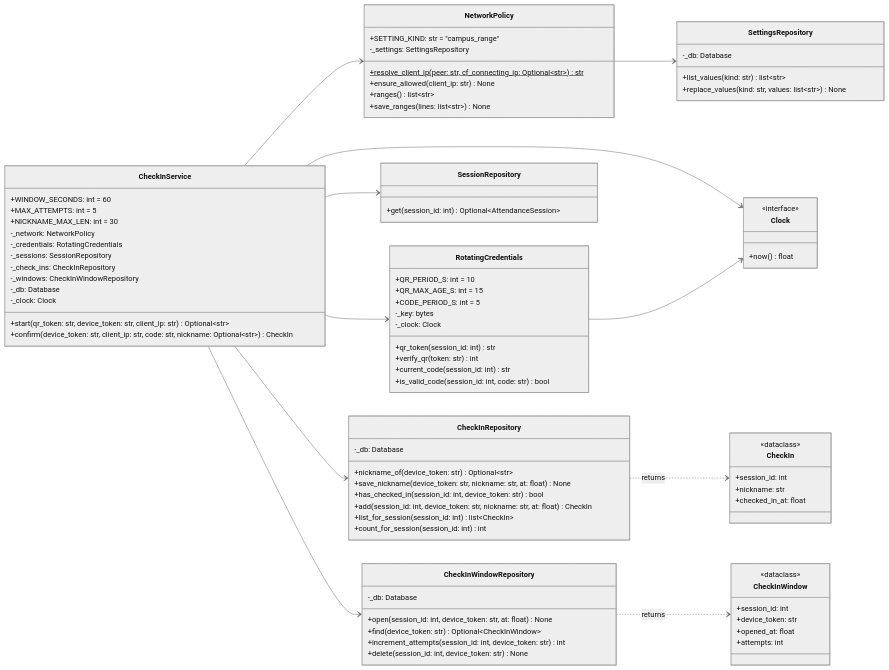
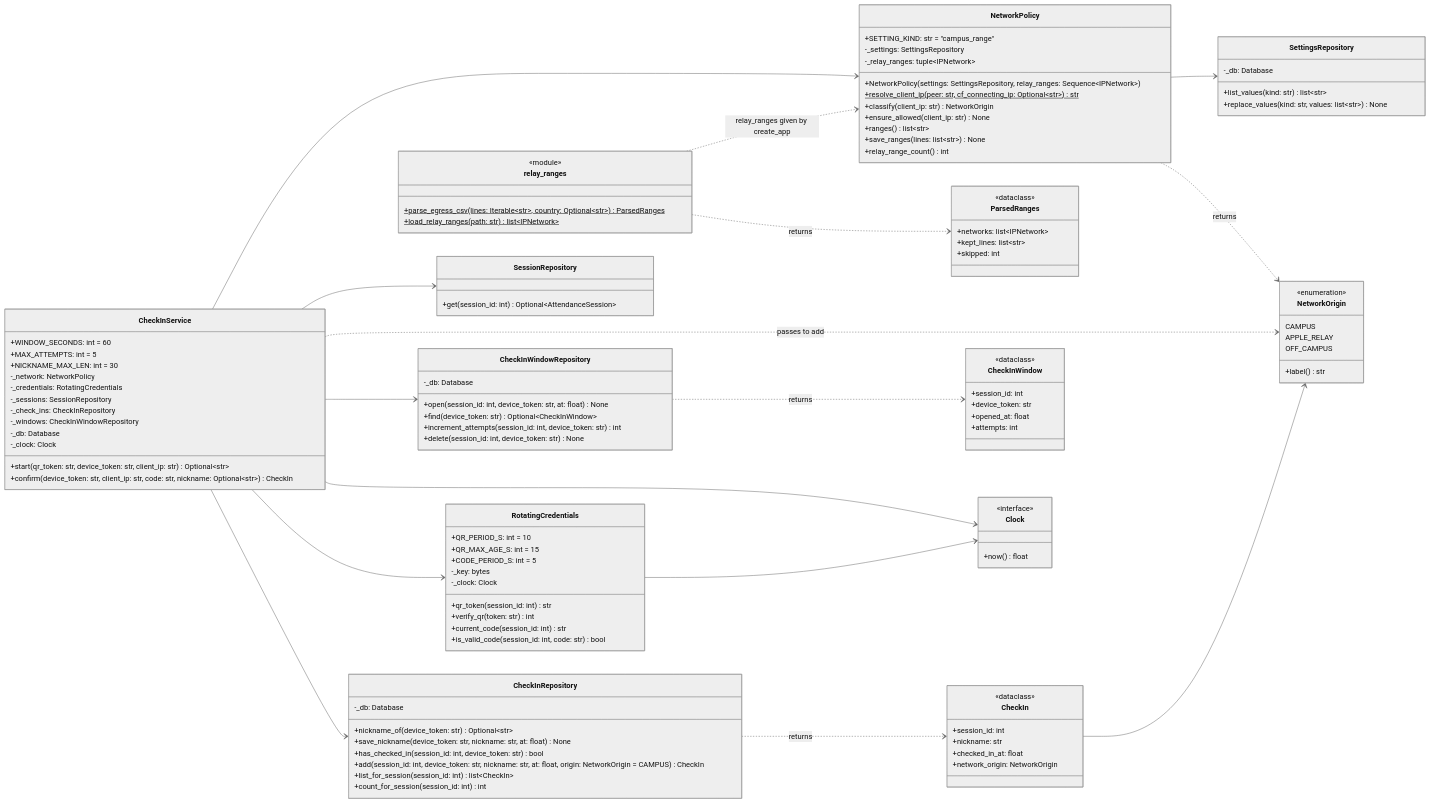
Before and after one commit to ronsarfati/EX2-Teaching-Tool: the third of 20 diagrams in docs/design.md, drawn with Mermaid (neutral theme). The commit also changed other lines of this file and 2 other files, not shown here.

Commit message:
docs: add D32 network origin of a check-in (campus / Apple relay / off campus)

```diff
--- a/docs/design.md
+++ b/docs/design.md
@@ -267,10 +285,32 @@
   class NetworkPolicy {
     +SETTING_KIND: str = "campus_range"
     -_settings: SettingsRepository
+    -_relay_ranges: tuple~IPNetwork~
+    +NetworkPolicy(settings: SettingsRepository, relay_ranges: Sequence~IPNetwork~)
     +resolve_client_ip(peer: str, cf_connecting_ip: Optional~str~) str$
+    +classify(client_ip: str) NetworkOrigin
     +ensure_allowed(client_ip: str) None
     +ranges() list~str~
     +save_ranges(lines: list~str~) None
+    +relay_range_count() int
+  }
+  class NetworkOrigin {
+    <<enumeration>>
+    CAMPUS
+    APPLE_RELAY
+    OFF_CAMPUS
+    +label() str
+  }
+  class relay_ranges {
+    <<module>>
+    +parse_egress_csv(lines: Iterable~str~, country: Optional~str~) ParsedRanges$
+    +load_relay_ranges(path: str) list~IPNetwork~$
+  }
+  class ParsedRanges {
+    <<dataclass>>
+    +networks: list~IPNetwork~
+    +kept_lines: list~str~
+    +skipped: int
   }
   class RotatingCredentials {
     +QR_PERIOD_S: int = 10
@@ -291,7 +331,7 @@
     +nickname_of(device_token: str) Optional~str~
     +save_nickname(device_token: str, nickname: str, at: float) None
     +has_checked_in(session_id: int, device_token: str) bool
-    +add(session_id: int, device_token: str, nickname: str, at: float) CheckIn
+    +add(session_id: int, device_token: str, nickname: str, at: float, origin: NetworkOrigin = CAMPUS) CheckIn
     +list_for_session(session_id: int) list~CheckIn~
     +count_for_session(session_id: int) int
   }
@@ -312,6 +352,7 @@
     +session_id: int
     +nickname: str
     +checked_in_at: float
+    +network_origin: NetworkOrigin
   }
   class CheckInWindow {
     <<dataclass>>
@@ -331,6 +372,11 @@
   CheckInService --> CheckInWindowRepository
   CheckInService --> Clock
   NetworkPolicy --> SettingsRepository
+  NetworkPolicy ..> NetworkOrigin : returns
+  relay_ranges ..> ParsedRanges : returns
+  relay_ranges ..> NetworkPolicy : relay_ranges given by create_app
+  CheckInService ..> NetworkOrigin : passes to add
+  CheckIn --> NetworkOrigin
   RotatingCredentials --> Clock
   CheckInRepository ..> CheckIn : returns
   CheckInWindowRepository ..> CheckInWindow : returns
```
